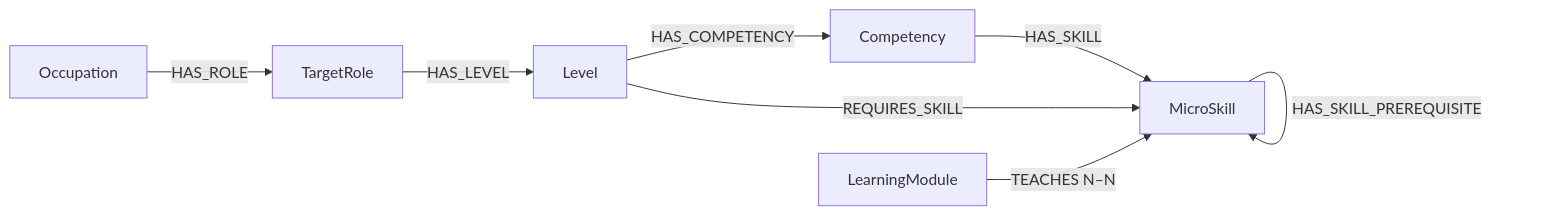
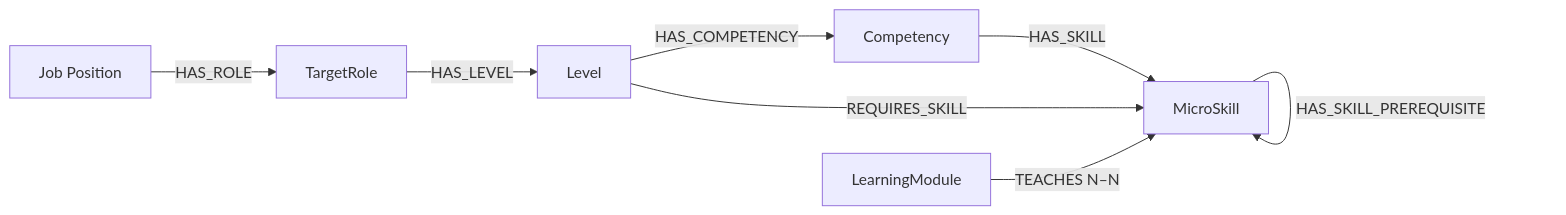
Before and after one commit to SEP490-Fall-2026-GFA26SE64/SEP490: the diagram in documents/dataset/ONTOLOGY.md, drawn with Mermaid. The commit also changed other lines of this file and 760 other files, not shown here.

Commit message:
feat: implement department & job position governance, user assignment, and ontology graph styling

````diff
--- a/documents/dataset/ONTOLOGY.md
+++ b/documents/dataset/ONTOLOGY.md
@@ -11,10 +11,10 @@
 ```mermaid
 flowchart LR
- O[Occupation] -->|HAS_ROLE| R[TargetRole]
+ O[Job Position] -->|HAS_ROLE| R[TargetRole]
  R -->|HAS_LEVEL| L[Level]
  L -->|HAS_COMPETENCY| C[Competency]
  C -->|HAS_SKILL| S[MicroSkill]
  L -->|REQUIRES_SKILL| S
  M[LearningModule] -->|TEACHES N–N| S
  S -->|HAS_SKILL_PREREQUISITE| S
 ```
````
